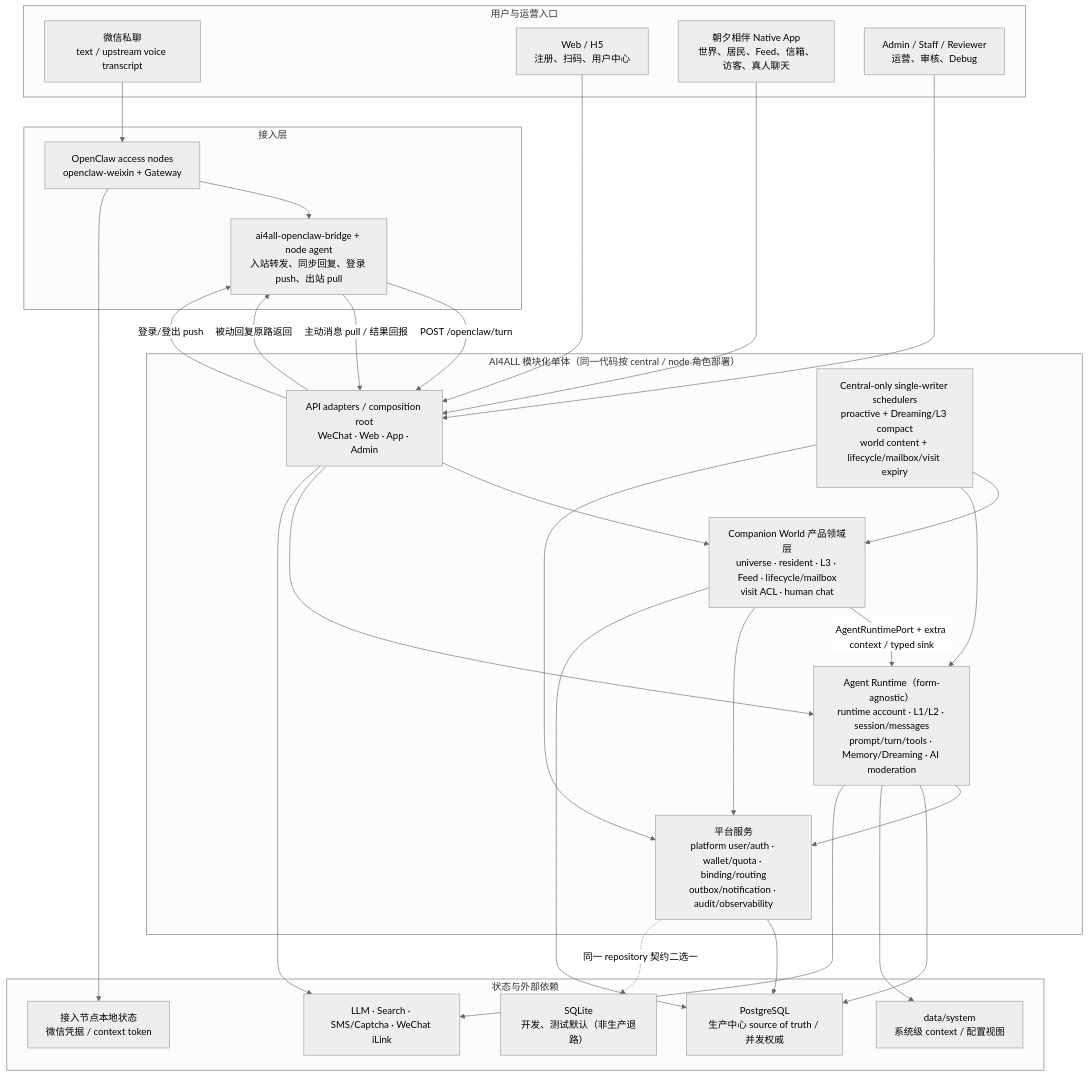
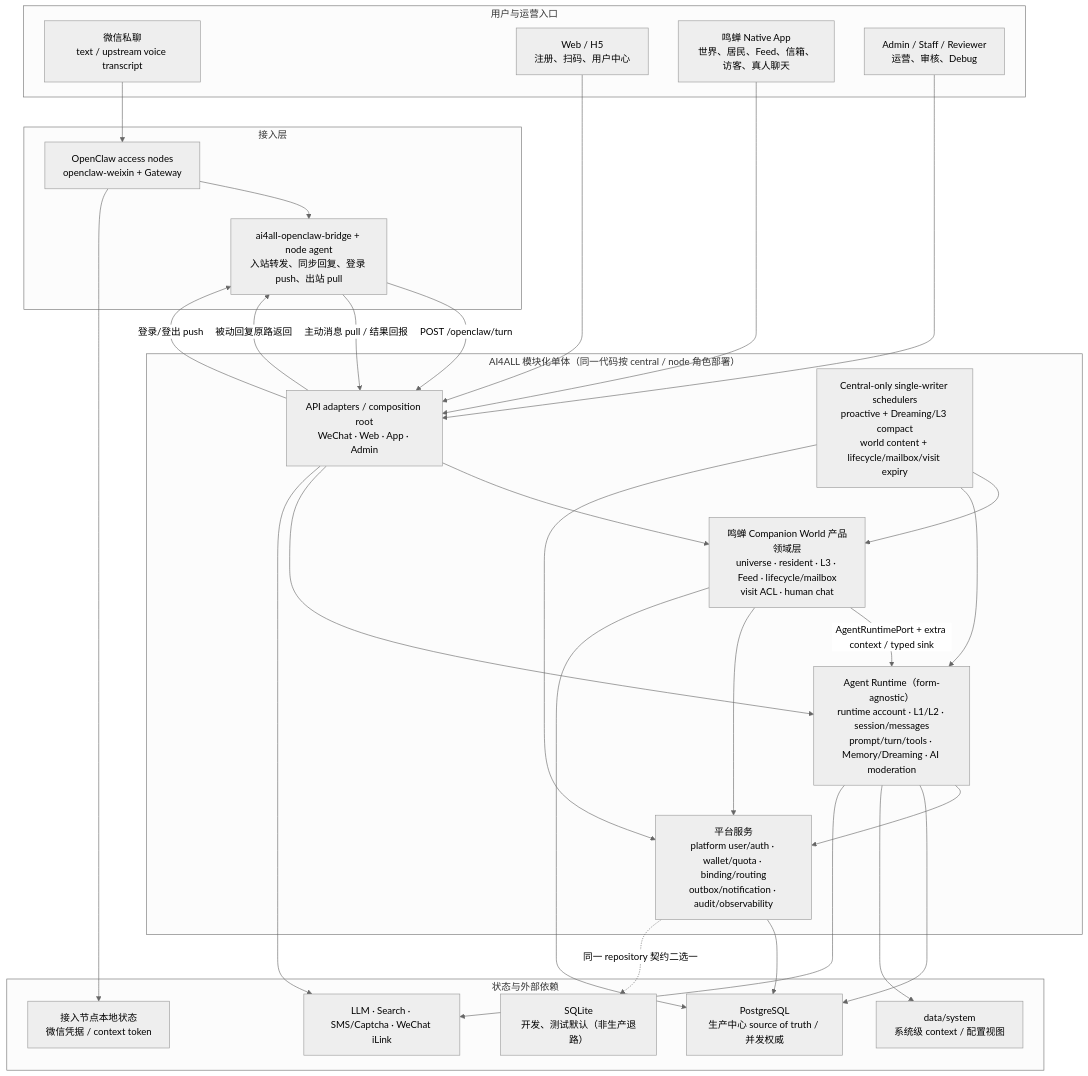
One commit to zhuoranwu15-create/ai4all_bridge changed the diagram in docs/architecture/overview.md. Above: the diagram before and after it, drawn with Mermaid (neutral theme). The commit also changed other lines of this file and 305 other files, not shown here.

````diff
--- a/docs/architecture/overview.md
+++ b/docs/architecture/overview.md
@@ -31,57 +32,57 @@
 ```mermaid
 flowchart TB
     subgraph clients["用户与运营入口"]
         wx["微信私聊<br/>text / upstream voice transcript"]
         web["Web / H5<br/>注册、扫码、用户中心"]
-        native["朝夕相伴 Native App<br/>世界、居民、Feed、信箱、访客、真人聊天"]
+        native["鸣蝉 Native App<br/>世界、居民、Feed、信箱、访客、真人聊天"]
         ops["Admin / Staff / Reviewer<br/>运营、审核、Debug"]
     end
 
     subgraph access["接入层"]
         openclaw["OpenClaw access nodes<br/>openclaw-weixin + Gateway"]
         bridge["ai4all-openclaw-bridge + node agent<br/>入站转发、同步回复、登录 push、出站 pull"]
     end
 
     subgraph central["AI4ALL 模块化单体（同一代码按 central / node 角色部署）"]
         api["API adapters / composition root<br/>WeChat · Web · App · Admin"]
-        world["Companion World 产品领域层<br/>universe · resident · L3 · Feed · lifecycle/mailbox<br/>visit ACL · human chat"]
+        world["鸣蝉 Companion World 产品领域层<br/>universe · resident · L3 · Feed · lifecycle/mailbox<br/>visit ACL · human chat"]
         runtime["Agent Runtime（form-agnostic）<br/>runtime account · L1/L2 · session/messages<br/>prompt/turn/tools · Memory/Dreaming · AI moderation"]
         platform["平台服务<br/>platform user/auth · wallet/quota · binding/routing<br/>outbox/notification · audit/observability"]
         schedulers["Central-only single-writer schedulers<br/>proactive + Dreaming/L3 compact<br/>world content + lifecycle/mailbox/visit expiry"]
 
         api --> world
         api --> runtime
         world -->|"AgentRuntimePort + extra context / typed sink"| runtime
         world --> platform
         runtime --> platform
         schedulers --> world
         schedulers --> runtime
         schedulers --> platform
     end
 
     subgraph state["状态与外部依赖"]
         pg["PostgreSQL<br/>生产中心 source of truth / 并发权威"]
         sqlite["SQLite<br/>开发、测试默认（非生产退路）"]
         systemFiles["data/system<br/>系统级 context / 配置视图"]
         channelState["接入节点本地状态<br/>微信凭据 / context token"]
         providers["LLM · Search · SMS/Captcha · WeChat iLink"]
     end
 
     wx --> openclaw --> bridge
     bridge -->|"POST /openclaw/turn"| api
     api -->|"被动回复原路返回"| bridge
     web --> api
     native --> api
     ops --> api
     api -->|"登录/登出 push"| bridge
     bridge -->|"主动消息 pull / 结果回报"| api
 
     platform --> pg
     world --> pg
     runtime --> pg
     platform -.->|"同一 repository 契约二选一"| sqlite
     runtime --> systemFiles
     openclaw --> channelState
     api --> providers
     runtime --> providers
 ```
````
